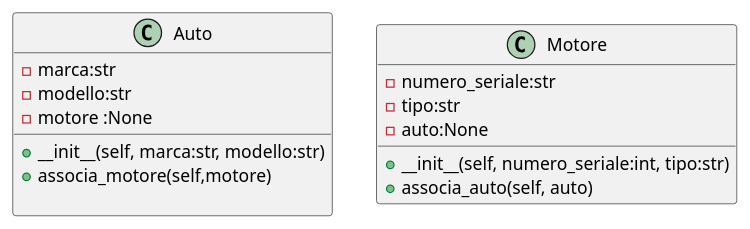
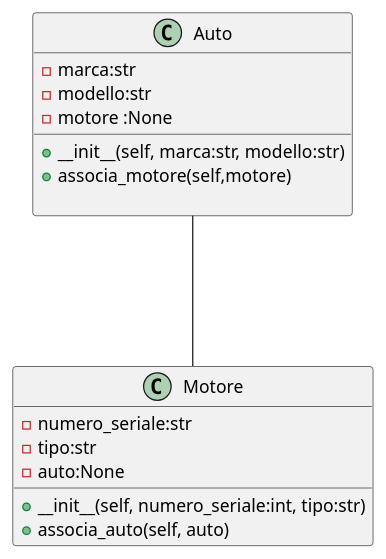
One commit to MarcoArlotti/ssh_sync_4- changed the diagram in arlotti_es12/es12.puml. Above: the diagram before and after it, drawn with PlantUML.

```diff
--- a/arlotti_es12/es12.puml
+++ b/arlotti_es12/es12.puml
@@ -1,19 +1,19 @@
-
+Auto --- Motore
 
 class Auto {
     - marca:str
     - modello:str
     - motore :None
     __
     +__init__(self, marca:str, modello:str)
     +associa_motore(self,motore)
 
 }
 class Motore {
     -numero_seriale:str
     -tipo:str
     -auto:None
     __
     +__init__(self, numero_seriale:int, tipo:str)
     +associa_auto(self, auto)
 }
```
